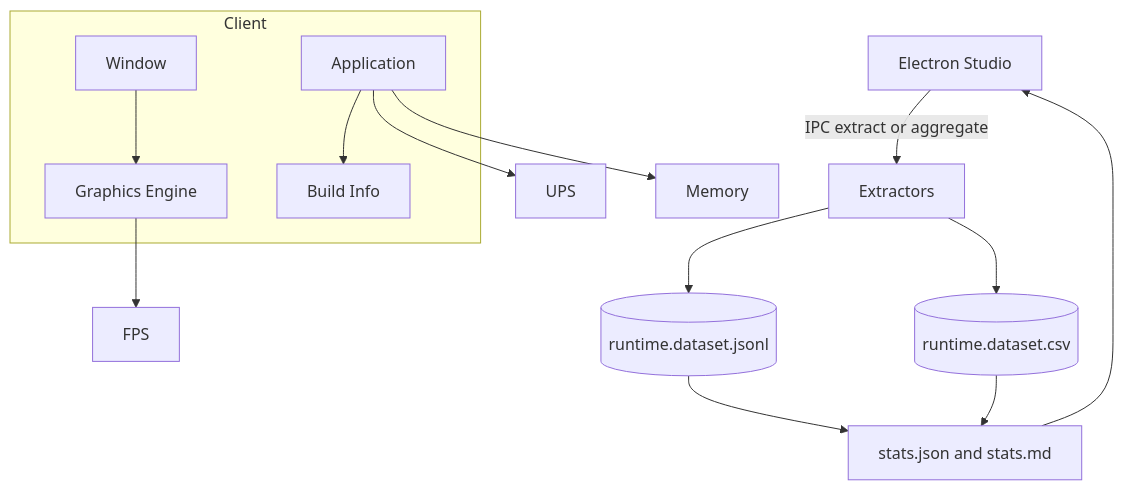
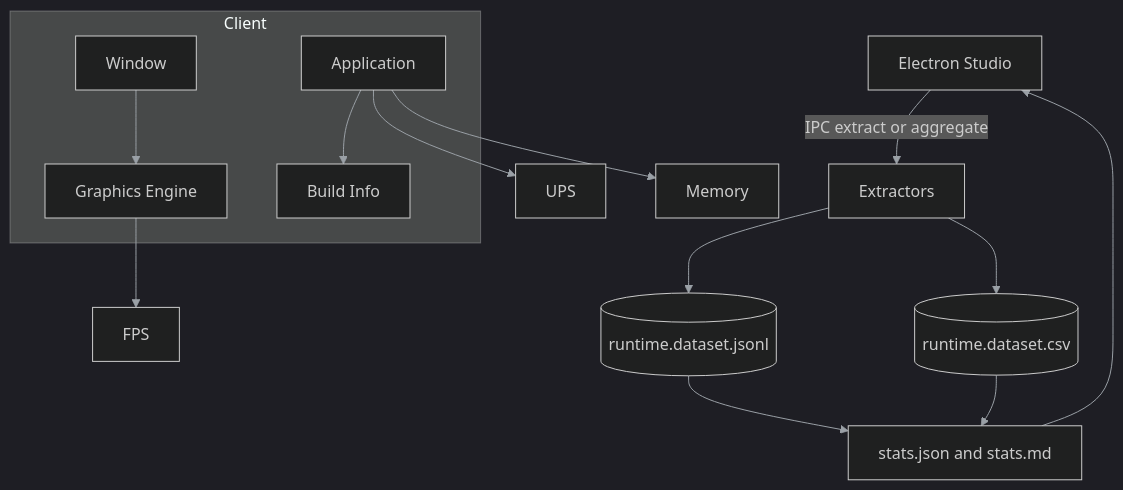
The diagram in docs/authoring/_sources/chapter_01_specyfikacja_implementacji_studio_react_electron_dla_skryptow_otclient_v_8_v_bot.md (lukaszj321/otcv8-dev), drawn with Mermaid before and after one commit. The commit also changed 17 other files, not shown here.

Commit message:
docs: Add helper tools and run diagram fixer + QA

````diff
--- a/docs/authoring/_sources/chapter_01_specyfikacja_implementacji_studio_react_electron_dla_skryptow_otclient_v_8_v_bot.md
+++ b/docs/authoring/_sources/chapter_01_specyfikacja_implementacji_studio_react_electron_dla_skryptow_otclient_v_8_v_bot.md
@@ -496,16 +496,17 @@
 ```mermaid
+%%{init: {'theme':'dark','securityLevel':'loose','themeVariables':{'primaryTextColor':'#ddd','lineColor':'#9aa0a6'}}}%%
 graph TD
   Studio[Electron Studio] -->|IPC extract or aggregate| Extractors
   subgraph Client
     W[Window] --> G[Graphics Engine]
     A[Application] --> B[Build Info]
   end
   G --> FPS[FPS]
   A --> UPS[UPS]
   A --> MEM[Memory]
   Extractors --> DS[(runtime.dataset.jsonl)]
   Extractors --> CSV[(runtime.dataset.csv)]
   DS --> Stats[stats.json and stats.md]
   CSV --> Stats
   Stats --> Studio
 ```
````
